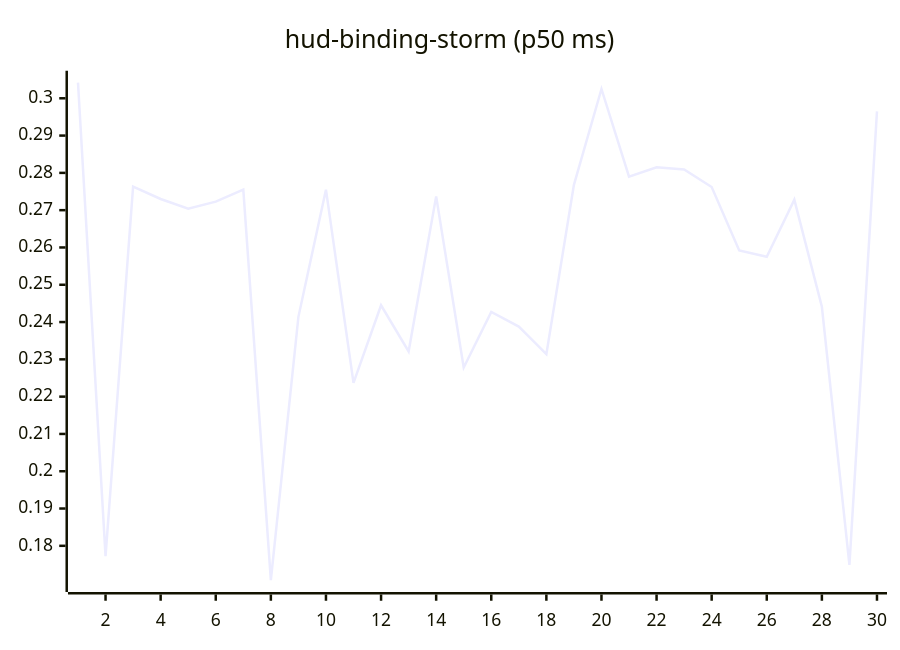
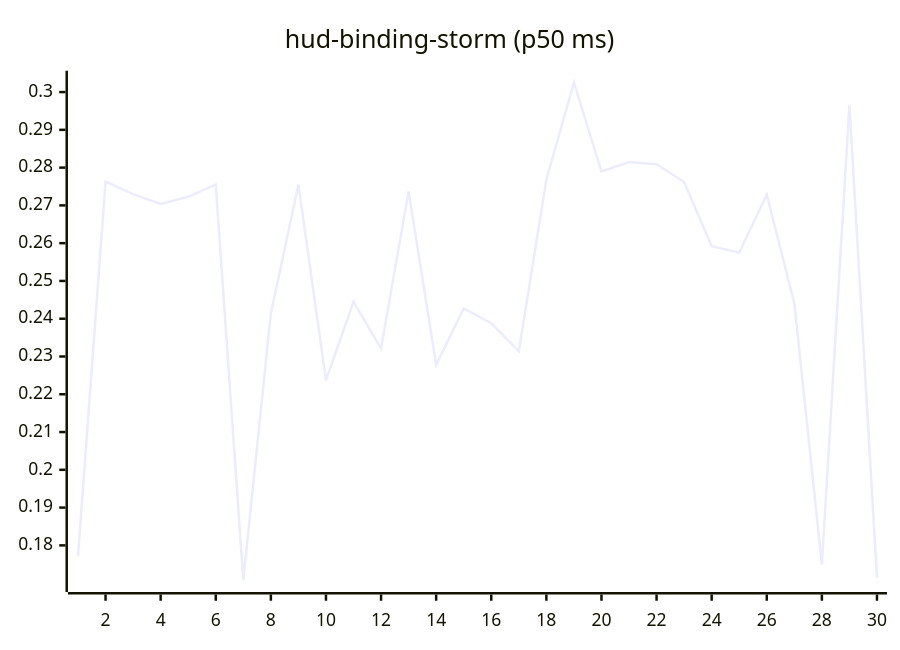
One commit to josha/Facet changed the tenth of 27 diagrams in README.md. Above: the diagram before and after it, drawn with Mermaid. The commit also changed other lines of this file and 2 other files, not shown here.

````diff
--- a/README.md
+++ b/README.md
@@ -126,6 +126,6 @@
 ```mermaid
 xychart-beta
     title "hud-binding-storm (p50 ms)"
     x-axis 1 --> 30
-    line [0.3042, 0.1772, 0.2763, 0.2730, 0.2704, 0.2723, 0.2755, 0.1708, 0.2414, 0.2755, 0.2237, 0.2445, 0.2321, 0.2737, 0.2278, 0.2427, 0.2388, 0.2314, 0.2768, 0.3025, 0.2790, 0.2815, 0.2809, 0.2762, 0.2592, 0.2575, 0.2728, 0.2441, 0.1749, 0.2965]
+    line [0.1772, 0.2763, 0.2730, 0.2704, 0.2723, 0.2755, 0.1708, 0.2414, 0.2755, 0.2237, 0.2445, 0.2321, 0.2737, 0.2278, 0.2427, 0.2388, 0.2314, 0.2768, 0.3025, 0.2790, 0.2815, 0.2809, 0.2762, 0.2592, 0.2575, 0.2728, 0.2441, 0.1749, 0.2965, 0.1714]
 ```
````
